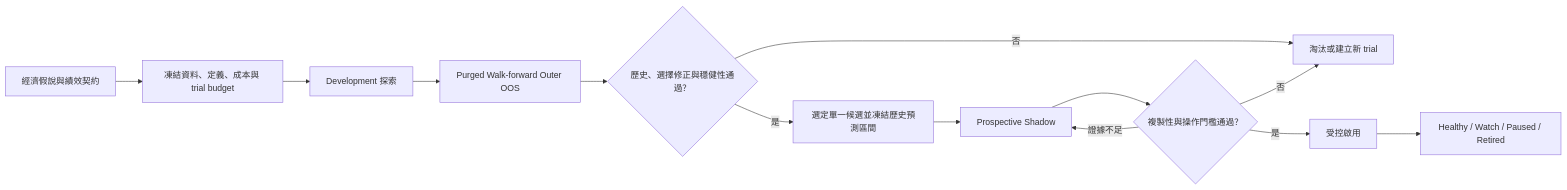
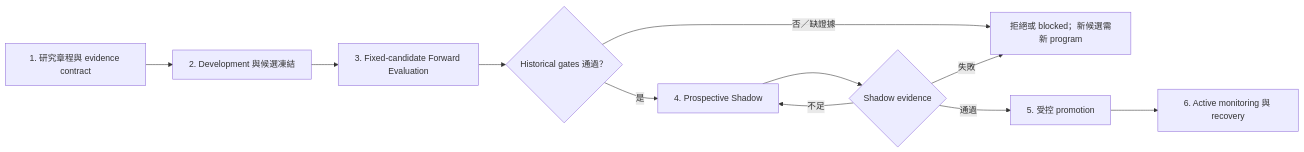
Before and after one commit to ochowei/trading-2026-1: the diagram in docs/strategy-forward-replication-research-process.md, drawn with Mermaid. The commit also changed other lines of this file, not shown here.

Commit message:
Clarify forward replication research process and evidence gates

````diff
--- a/docs/strategy-forward-replication-research-process.md
+++ b/docs/strategy-forward-replication-research-process.md
@@ -59,15 +51,13 @@
 ```mermaid
 flowchart LR
-    A["經濟假說與績效契約"] --> B["凍結資料、定義、成本與 trial budget"]
-    B --> C["Development 探索"]
-    C --> D["Purged Walk-forward Outer OOS"]
-    D --> E{"歷史、選擇修正與穩健性通過？"}
-    E -- "否" --> X["淘汰或建立新 trial"]
-    E -- "是" --> F["選定單一候選並凍結歷史預測區間"]
-    F --> G["Prospective Shadow"]
-    G --> H{"複製性與操作門檻通過？"}
-    H -- "否" --> X
-    H -- "證據不足" --> G
-    H -- "是" --> I["受控啟用"]
-    I --> J["Healthy / Watch / Paused / Retired"]
+    A["1. 研究章程與 evidence contract"] --> B["2. Development 與候選凍結"]
+    B --> C["3. Fixed-candidate Forward Evaluation"]
+    C --> D{"Historical gates 通過？"}
+    D -- "否／缺證據" --> X["拒絕或 blocked；新候選需新 program"]
+    D -- "是" --> E["4. Prospective Shadow"]
+    E --> F{"Shadow evidence"}
+    F -- "不足" --> E
+    F -- "失敗" --> X
+    F -- "通過" --> G["5. 受控 promotion"]
+    G --> H["6. Active monitoring 與 recovery"]
 ```
````
